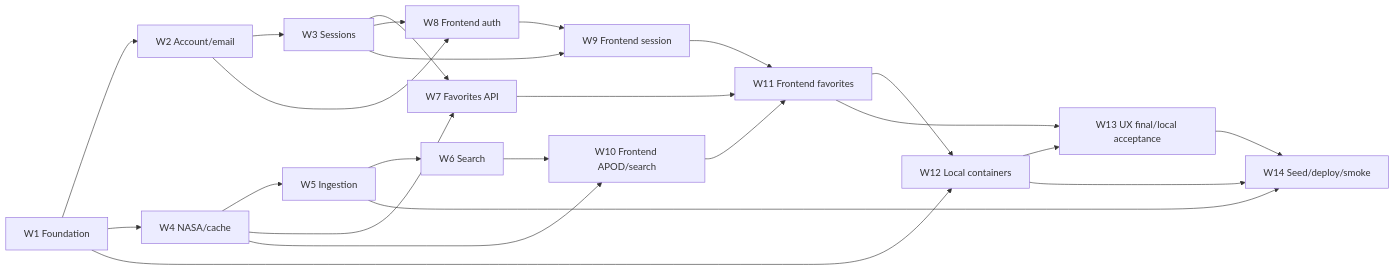
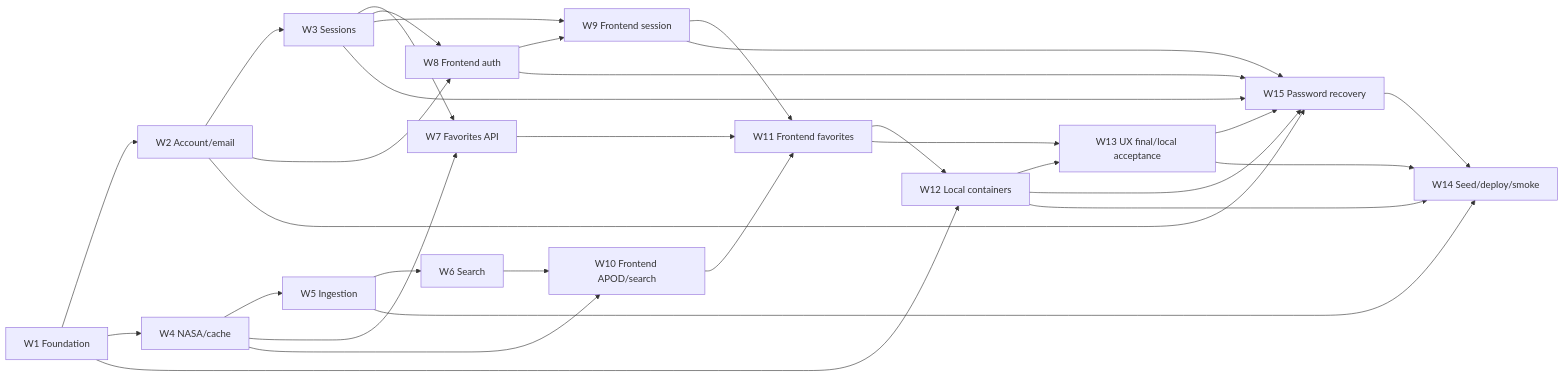
Before and after one commit to VCinthia/Astronomy-Picture-Explorer: the ninth of 11 diagrams in docs/architecture/p3-flow-overview.md, drawn with Mermaid. The commit also changed other lines of this file and 14 other files, not shown here.

First line of the commit message:
docs: plan P3 password recovery

````diff
--- a/docs/architecture/p3-flow-overview.md
+++ b/docs/architecture/p3-flow-overview.md
@@ -421,22 +436,29 @@
 ```mermaid
 flowchart LR
     W1["W1 Foundation"] --> W2["W2 Account/email"] --> W3["W3 Sessions"]
     W1 --> W4["W4 NASA/cache"] --> W5["W5 Ingestion"] --> W6["W6 Search"]
     W3 --> W7["W7 Favorites API"]
     W4 --> W7
     W2 --> W8["W8 Frontend auth"]
     W3 --> W8 --> W9["W9 Frontend session"]
     W3 --> W9
     W4 --> W10["W10 Frontend APOD/search"]
     W6 --> W10
     W7 --> W11["W11 Frontend favorites"]
     W9 --> W11
     W10 --> W11
     W1 --> W12["W12 Local containers"]
     W11 --> W12
     W11 --> W13["W13 UX final/local acceptance"]
     W12 --> W13
+    W2 --> W15["W15 Password recovery"]
+    W3 --> W15
+    W8 --> W15
+    W9 --> W15
+    W12 --> W15
+    W13 --> W15
     W5 --> W14["W14 Seed/deploy/smoke"]
     W12 --> W14
     W13 --> W14
+    W15 --> W14
 ```
````
